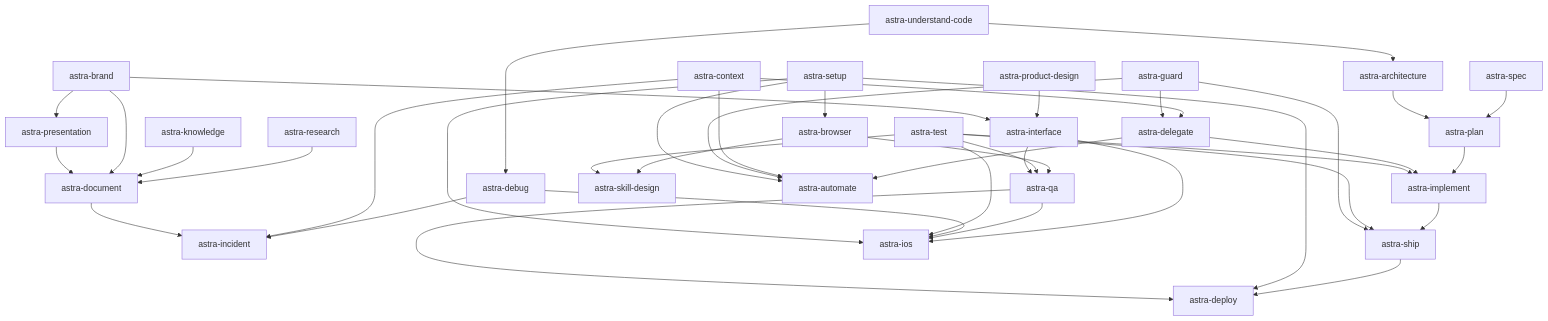
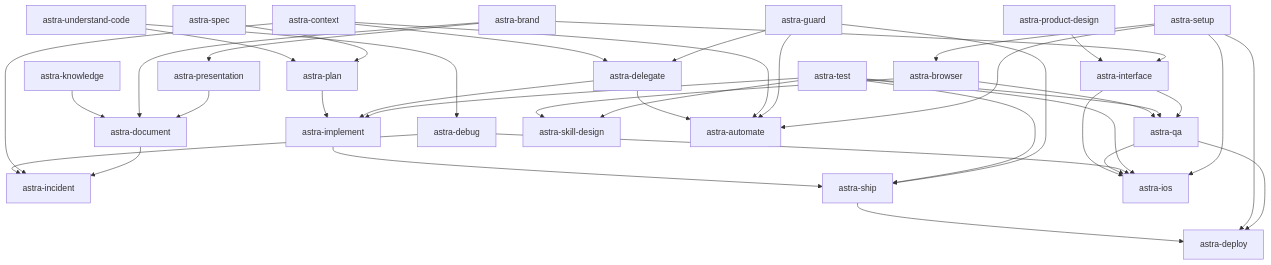
The first of 2 diagrams in docs/design-roadmap.md (KuroPhoenix/Astra-Skills), drawn with Mermaid before and after one commit. The commit also changed other lines of this file, not shown here.

````diff
--- a/docs/design-roadmap.md
+++ b/docs/design-roadmap.md
@@ -89,81 +91,77 @@
 ```mermaid
 flowchart TD
     product["astra-product-design"]
     brand["astra-brand"]
     interface["astra-interface"]
     presentation["astra-presentation"]
 
     guard["astra-guard"]
     context["astra-context"]
     understand["astra-understand-code"]
     test["astra-test"]
     delegate["astra-delegate"]
     setup["astra-setup"]
 
     spec["astra-spec"]
-    architecture["astra-architecture"]
     plan["astra-plan"]
     implement["astra-implement"]
     debug["astra-debug"]
     incident["astra-incident"]
 
     browser["astra-browser"]
     qa["astra-qa"]
     ship["astra-ship"]
     deploy["astra-deploy"]
 
-    research["astra-research"]
     knowledge["astra-knowledge"]
     document["astra-document"]
     skilldesign["astra-skill-design"]
     automate["astra-automate"]
     ios["astra-ios"]
 
     product --> interface
     brand --> interface
     brand --> presentation
 
-    understand --> architecture
     understand --> debug
+    understand --> plan
     spec --> plan
-    architecture --> plan
     context --> delegate
     guard --> delegate
     plan --> implement
     delegate --> implement
     test --> implement
 
     debug --> incident
     context --> incident
     document --> incident
 
     setup --> browser
     browser --> qa
     test --> qa
     interface --> qa
 
     implement --> ship
     test --> ship
     guard --> ship
     ship --> deploy
     setup --> deploy
     qa --> deploy
 
-    research --> document
     knowledge --> document
     brand --> document
     presentation --> document
 
     browser --> skilldesign
     test --> skilldesign
     delegate --> automate
     context --> automate
     guard --> automate
     setup --> automate
 
     interface --> ios
     qa --> ios
     debug --> ios
     test --> ios
     setup --> ios
 ```
````
